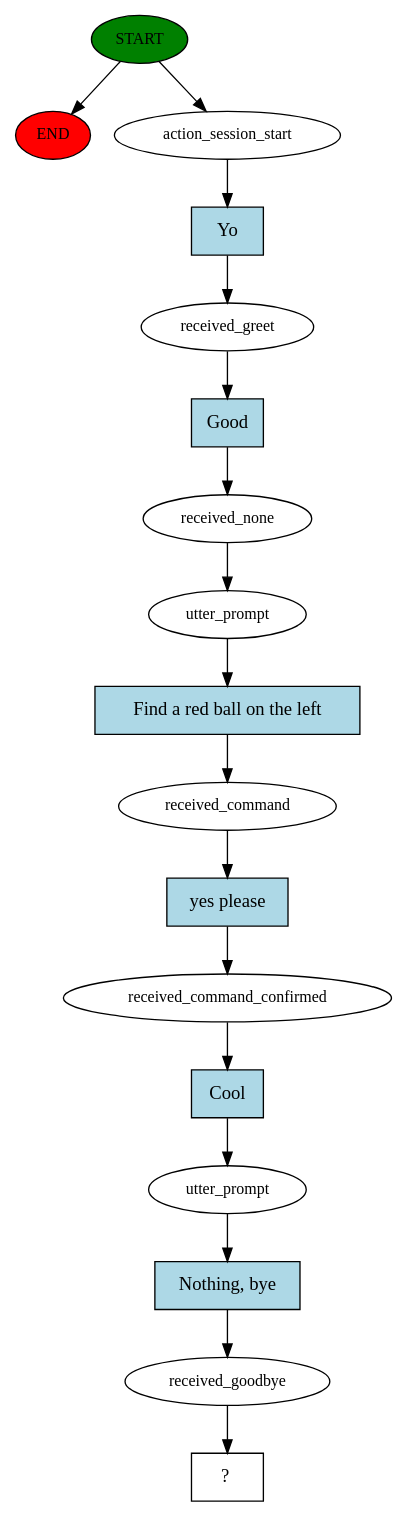
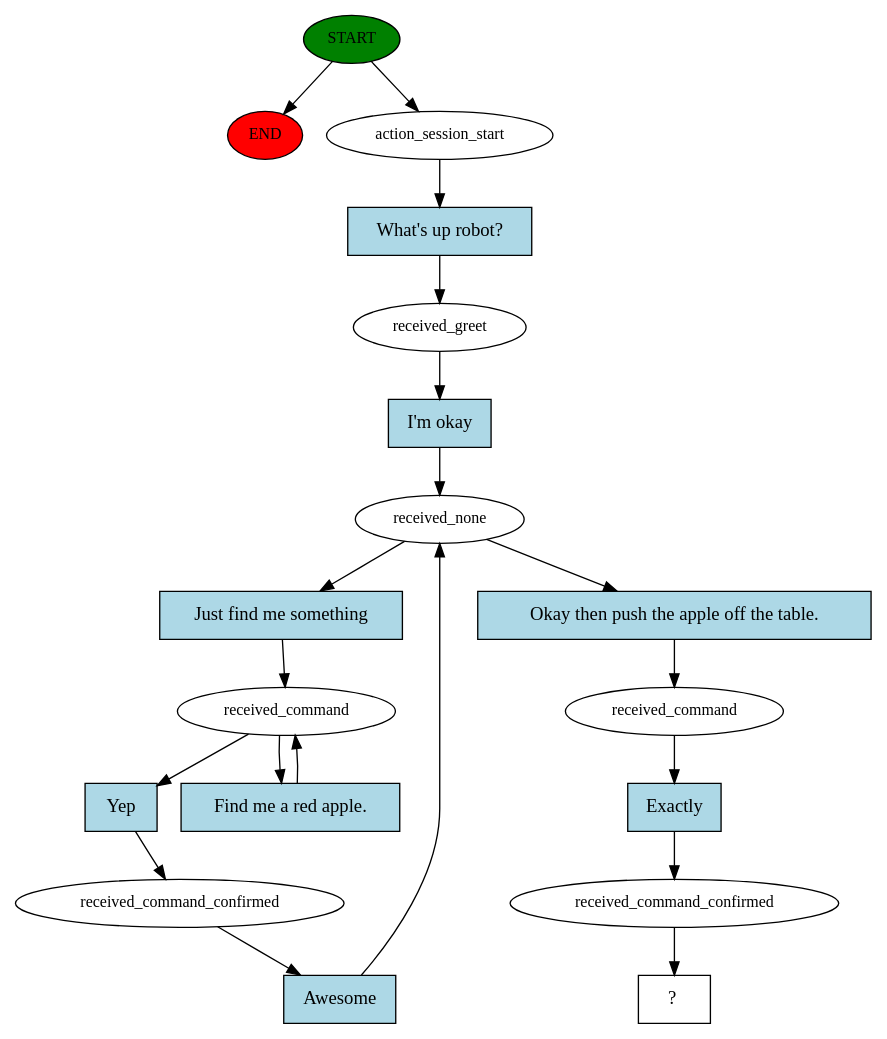
Before and after one commit to glhr/rasa_project: the diagram in story_graph.dot, drawn with Graphviz. The commit also changed 5 other files, not shown here.

```diff
--- a/story_graph.dot
+++ b/story_graph.dot
@@ -1,35 +1,39 @@
 digraph  {
 0 [class="start active", fillcolor=green, fontsize=12, label=START, style=filled];
 "-1" [class=end, fillcolor=red, fontsize=12, label=END, style=filled];
 1 [class=active, fontsize=12, label=action_session_start];
 2 [class=active, fontsize=12, label=received_greet];
 3 [class=active, fontsize=12, label=received_none];
-4 [class=active, fontsize=12, label=utter_prompt];
-5 [class=active, fontsize=12, label=received_command];
+4 [class=active, fontsize=12, label=received_command];
 6 [class=active, fontsize=12, label=received_command_confirmed];
-7 [class=active, fontsize=12, label=utter_prompt];
-8 [class=active, fontsize=12, label=received_goodbye];
-9 [class="intent dashed active", label="  ?  ", shape=rect];
-10 [class="intent active", fillcolor=lightblue, label=Yo, shape=rect, style=filled];
-11 [class="intent active", fillcolor=lightblue, label=Good, shape=rect, style=filled];
-12 [class="intent active", fillcolor=lightblue, label="Find a red ball on the left", shape=rect, style=filled];
-13 [class="intent active", fillcolor=lightblue, label="yes please", shape=rect, style=filled];
-14 [class="intent active", fillcolor=lightblue, label=Cool, shape=rect, style=filled];
-15 [class="intent active", fillcolor=lightblue, label="Nothing, bye", shape=rect, style=filled];
+8 [class=active, fontsize=12, label=received_command];
+9 [class=active, fontsize=12, label=received_command_confirmed];
+10 [class="intent dashed active", label="  ?  ", shape=rect];
+11 [class="intent active", fillcolor=lightblue, label="What's up robot?", shape=rect, style=filled];
+12 [class="intent active", fillcolor=lightblue, label="I'm okay", shape=rect, style=filled];
+13 [class="intent active", fillcolor=lightblue, label="Just find me something", shape=rect, style=filled];
+14 [class="intent active", fillcolor=lightblue, label="Okay then push the apple off the table.", shape=rect, style=filled];
+15 [class="intent active", fillcolor=lightblue, label=Yep, shape=rect, style=filled];
+16 [class="intent active", fillcolor=lightblue, label="Find me a red apple.", shape=rect, style=filled];
+17 [class="intent active", fillcolor=lightblue, label=Awesome, shape=rect, style=filled];
+18 [class="intent active", fillcolor=lightblue, label=Exactly, shape=rect, style=filled];
 0 -> "-1"  [class="", key=NONE, label=""];
 0 -> 1  [class=active, key=NONE, label=""];
-1 -> 10  [class=active, key=0];
-2 -> 11  [class=active, key=0];
-3 -> 4  [class=active, key=NONE, label=""];
-4 -> 12  [class=active, key=0];
-5 -> 13  [class=active, key=0];
-6 -> 14  [class=active, key=0];
-7 -> 15  [class=active, key=0];
-8 -> 9  [class=active, key=NONE, label=""];
-10 -> 2  [class=active, key=0];
-11 -> 3  [class=active, key=0];
-12 -> 5  [class=active, key=0];
-13 -> 6  [class=active, key=0];
-14 -> 7  [class=active, key=0];
-15 -> 8  [class=active, key=0];
+1 -> 11  [class=active, key=0];
+2 -> 12  [class=active, key=0];
+3 -> 13  [class=active, key=0];
+3 -> 14  [class=active, key=0];
+4 -> 15  [class=active, key=0];
+4 -> 16  [class=active, key=0];
+6 -> 17  [class=active, key=0];
+8 -> 18  [class=active, key=0];
+9 -> 10  [class=active, key=NONE, label=""];
+11 -> 2  [class=active, key=0];
+12 -> 3  [class=active, key=0];
+13 -> 4  [class=active, key=0];
+14 -> 8  [class=active, key=0];
+15 -> 6  [class=active, key=0];
+16 -> 4  [class=active, key=0];
+17 -> 3  [class=active, key=0];
+18 -> 9  [class=active, key=0];
 }
```
